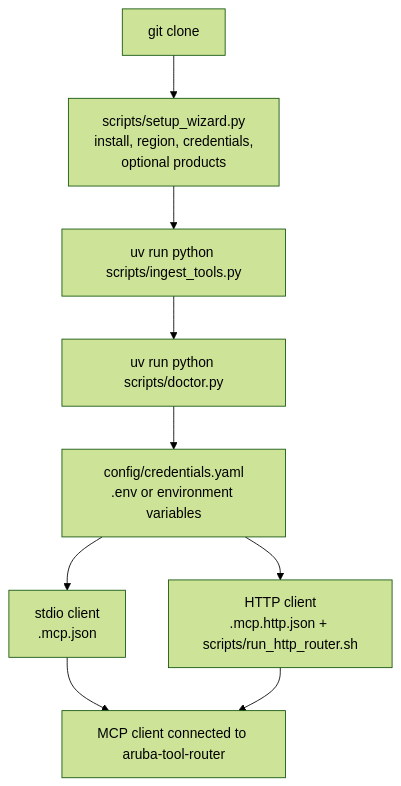
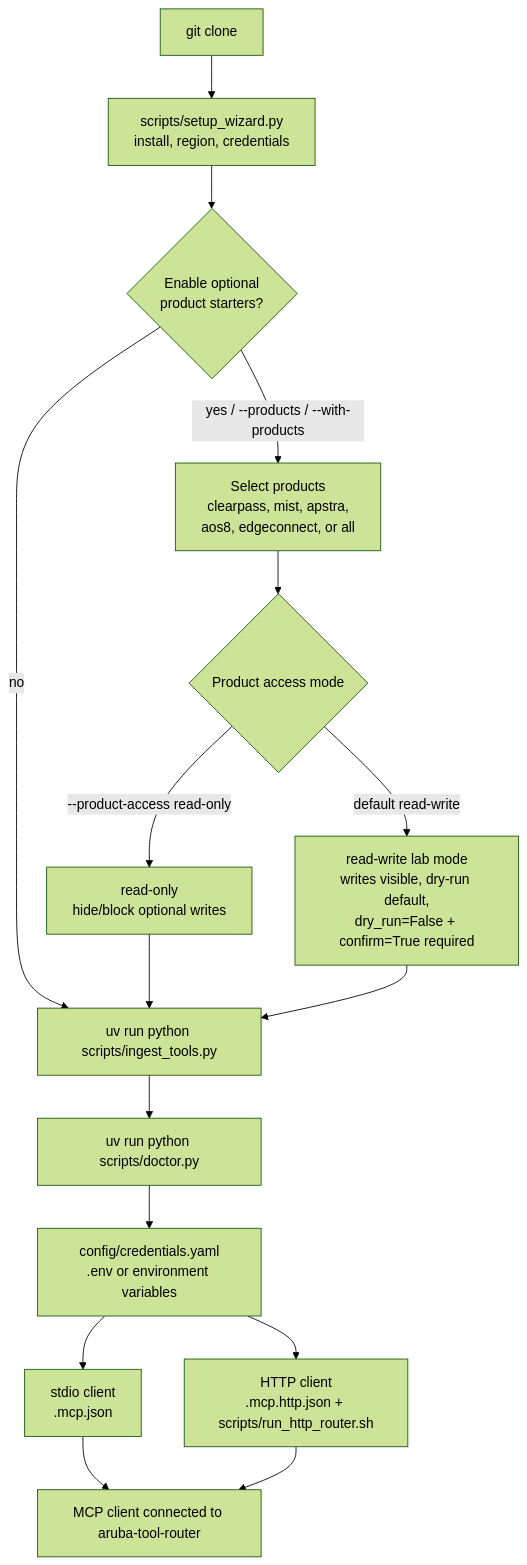
Before and after one commit to secure-ssid/centralmcp: the third of 3 diagrams in docs/architecture/system-overview.md, drawn with Mermaid (forest theme). The commit also changed 6 other files, not shown here.

````diff
--- a/docs/architecture/system-overview.md
+++ b/docs/architecture/system-overview.md
@@ -71,20 +71,32 @@
 ```mermaid
 flowchart TD
     clone["git clone"]
-    wizard["scripts/setup_wizard.py<br/>install, region, credentials,<br/>optional products"]
+    wizard["scripts/setup_wizard.py<br/>install, region, credentials"]
+    products{"Enable optional<br/>product starters?"}
+    selected["Select products<br/>clearpass, mist, apstra,<br/>aos8, edgeconnect, or all"]
+    access{"Product access mode"}
+    ro["read-only<br/>hide/block optional writes"]
+    rw["read-write lab mode<br/>writes visible, dry-run default,<br/>dry_run=False + confirm=True required"]
     catalog["uv run python scripts/ingest_tools.py"]
     doctor["uv run python scripts/doctor.py"]
     creds["config/credentials.yaml<br/>.env or environment variables"]
     stdio["stdio client<br/>.mcp.json"]
     http["HTTP client<br/>.mcp.http.json + scripts/run_http_router.sh"]
     ready["MCP client connected to aruba-tool-router"]
 
     clone --> wizard
-    wizard --> catalog
+    wizard --> products
+    products -->|"yes / --products / --with-products"| selected
+    products -->|"no"| catalog
+    selected --> access
+    access -->|"--product-access read-only"| ro
+    access -->|"default read-write"| rw
+    ro --> catalog
+    rw --> catalog
     catalog --> doctor
     doctor --> creds
     creds --> stdio
     creds --> http
     stdio --> ready
     http --> ready
 ```
````
